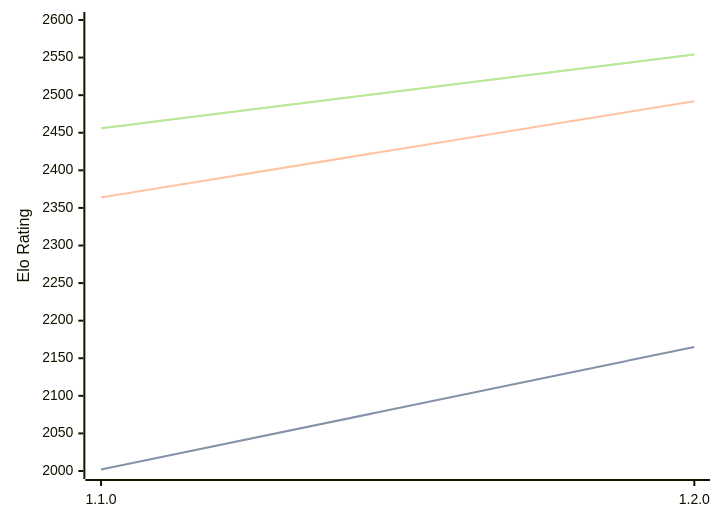
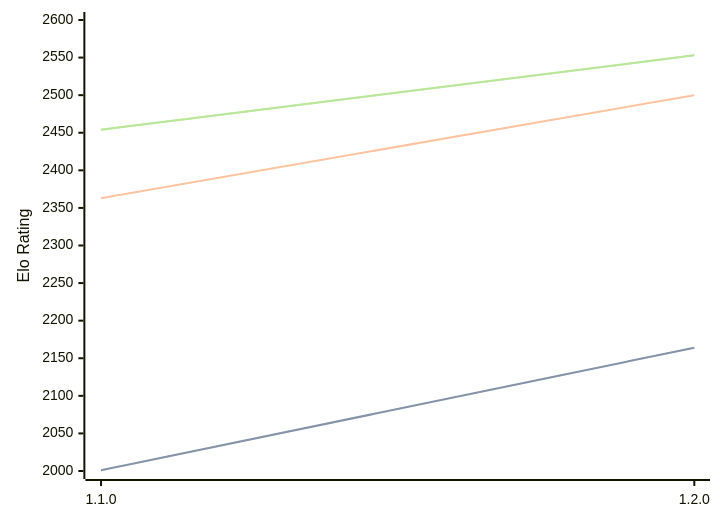
Before and after one commit to computer-chess-index/cci: the diagram in engines/Gyatso.md, drawn with Mermaid. The commit also changed other lines of this file, not shown here.

Commit message:
Update CCI Ratings (ELO VLTC) - 2026-03-08

````diff
--- a/engines/Gyatso.md
+++ b/engines/Gyatso.md
@@ -31,11 +31,11 @@
 ```mermaid
 %%{init: {"theme":"base","themeVariables":{"seriesColors:['#a3a3a3','#222221','#faa371']}}}%%
 xychart-beta
   x-axis ["1.1.0", "1.2.0"]
   y-axis "Elo Rating" 2000 --> 2600
-  line "STC (8.0+0.08s)" [2002, 2165]
-  line "STC (8.0+0.08s)" [2002, 2165]
-  line "LTC (60.0+0.60s)" [2364, 2492]
-  line "VLTC (2m24s+1.12s)" [2456, 2554]
-  line "VLTC (2m24s+1.12s)" [2456, 2554]
+  line "STC (8.0+0.08s)" [2001, 2164]
+  line "STC (8.0+0.08s)" [2001, 2164]
+  line "LTC (60.0+0.60s)" [2363, 2500]
+  line "VLTC (2m24s+1.12s)" [2454, 2553]
+  line "VLTC (2m24s+1.12s)" [2454, 2553]
 ```
````
